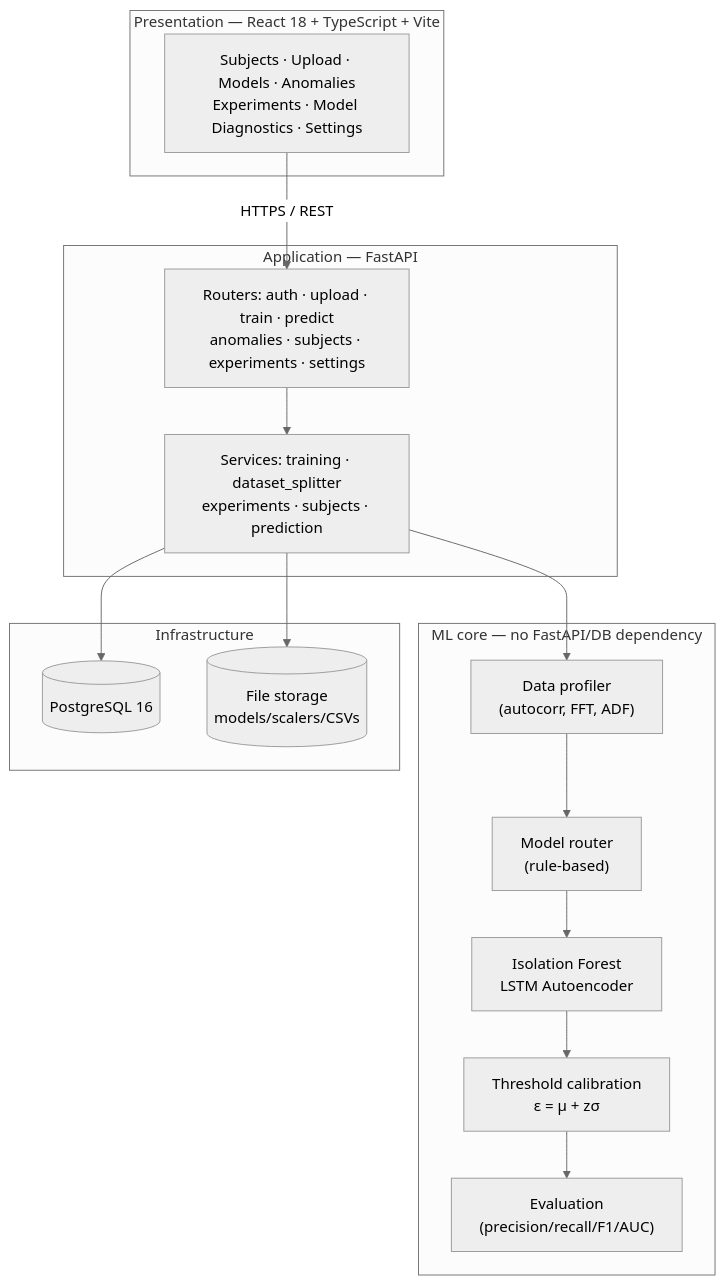
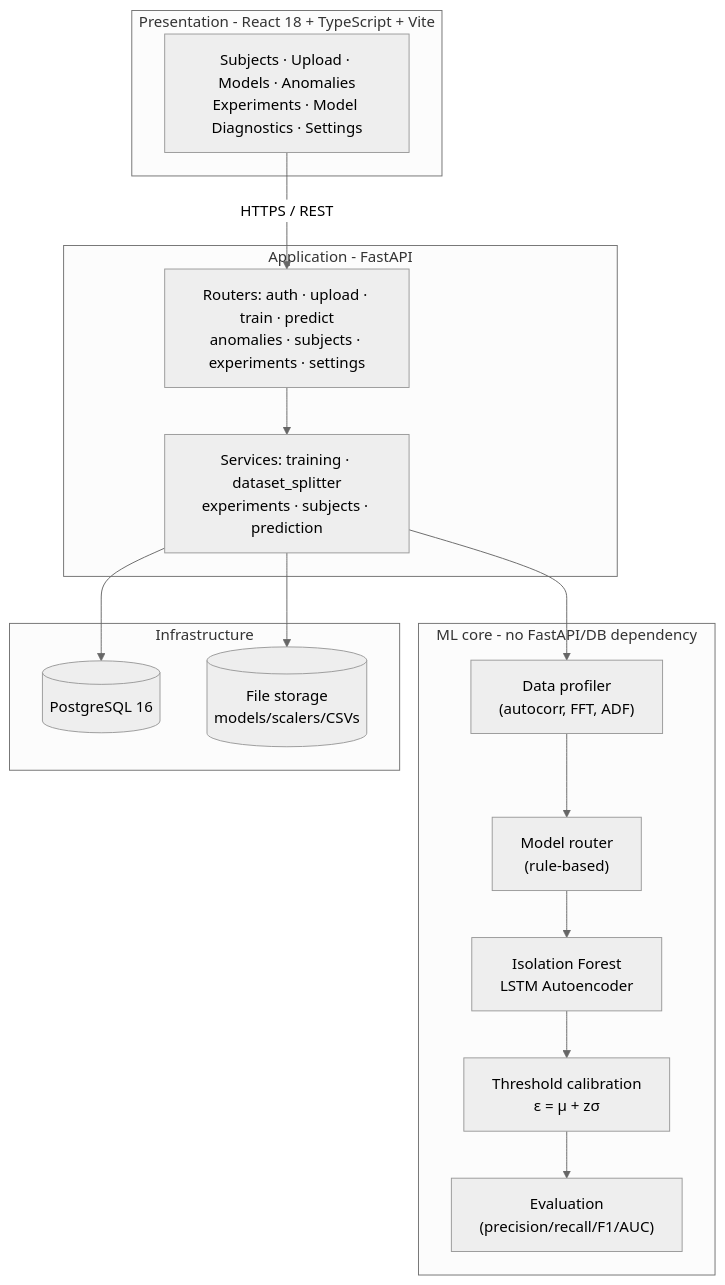
Before and after one commit to ticinovicsara/Anomaly-Detection: the diagram in README.md, drawn with Mermaid (neutral theme). The commit also changed other lines of this file and 1 other file, not shown here.

````diff
--- a/README.md
+++ b/README.md
@@ -16,30 +16,30 @@
 ```mermaid
 flowchart TB
-    subgraph presentation["Presentation — React 18 + TypeScript + Vite"]
+    subgraph presentation["Presentation - React 18 + TypeScript + Vite"]
         UI["Subjects · Upload · Models · Anomalies\nExperiments · Model Diagnostics · Settings"]
     end
 
-    subgraph application["Application — FastAPI"]
+    subgraph application["Application - FastAPI"]
         API["Routers: auth · upload · train · predict\nanomalies · subjects · experiments · settings"]
         SVC["Services: training · dataset_splitter\nexperiments · subjects · prediction"]
     end
 
-    subgraph ml["ML core — no FastAPI/DB dependency"]
+    subgraph ml["ML core - no FastAPI/DB dependency"]
         PROF["Data profiler\n(autocorr, FFT, ADF)"]
         ROUTER["Model router\n(rule-based)"]
         MODELS["Isolation Forest\nLSTM Autoencoder"]
         THR["Threshold calibration\nε = μ + zσ"]
         EVAL["Evaluation\n(precision/recall/F1/AUC)"]
     end
 
     subgraph infra["Infrastructure"]
         PG[("PostgreSQL 16")]
         FS[("File storage\nmodels/scalers/CSVs")]
     end
 
     UI -- "HTTPS / REST" --> API
     API --> SVC
     SVC --> PROF --> ROUTER --> MODELS --> THR --> EVAL
     SVC --> PG
     SVC --> FS
 ```
````
